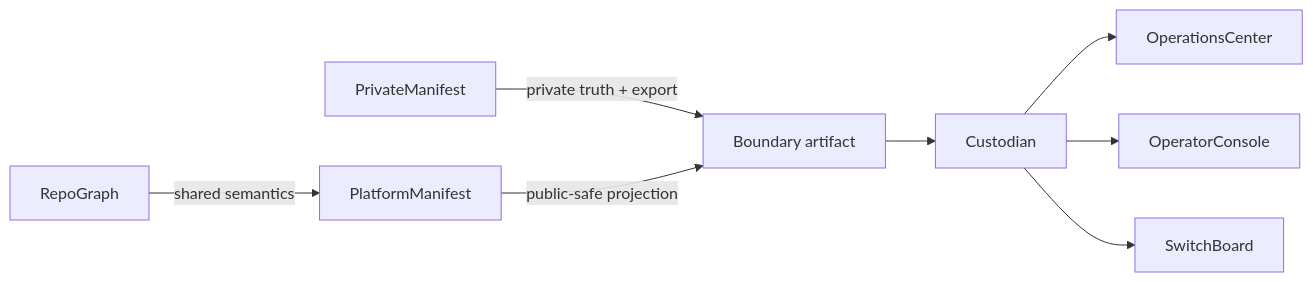
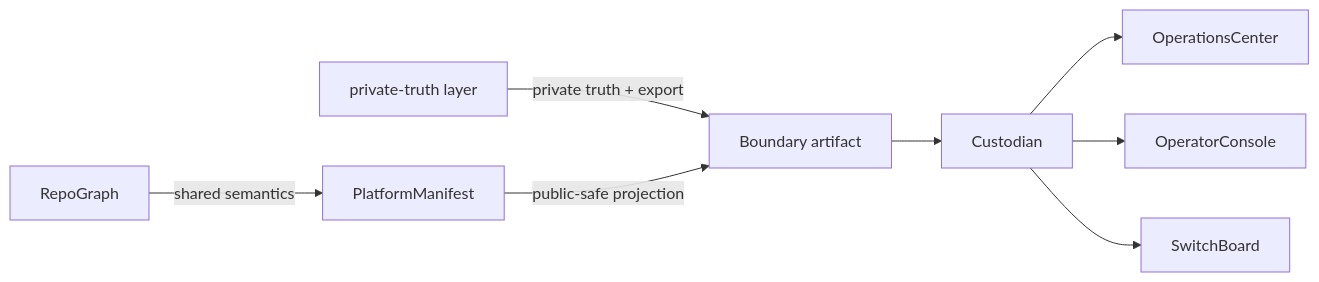
One commit to ProtocolWarden/ProtocolWarden.github.io changed the diagram in docs/topology/semantic-boundary-workflow.md. Above: the diagram before and after it, drawn with Mermaid. The commit also changed other lines of this file and 16 other files, not shown here.

````diff
--- a/docs/topology/semantic-boundary-workflow.md
+++ b/docs/topology/semantic-boundary-workflow.md
@@ -6,10 +6,10 @@
 ```mermaid
 flowchart LR
     RG[RepoGraph] -->|shared semantics| PM[PlatformManifest]
-    PRM[PrivateManifest] -->|private truth + export| BA[Boundary artifact]
+    PRM[private-truth layer] -->|private truth + export| BA[Boundary artifact]
     PM -->|public-safe projection| BA
     BA --> CU[Custodian]
     CU --> OC[OperationsCenter]
     CU --> OPS[OperatorConsole]
     CU --> SB[SwitchBoard]
 ```
````
